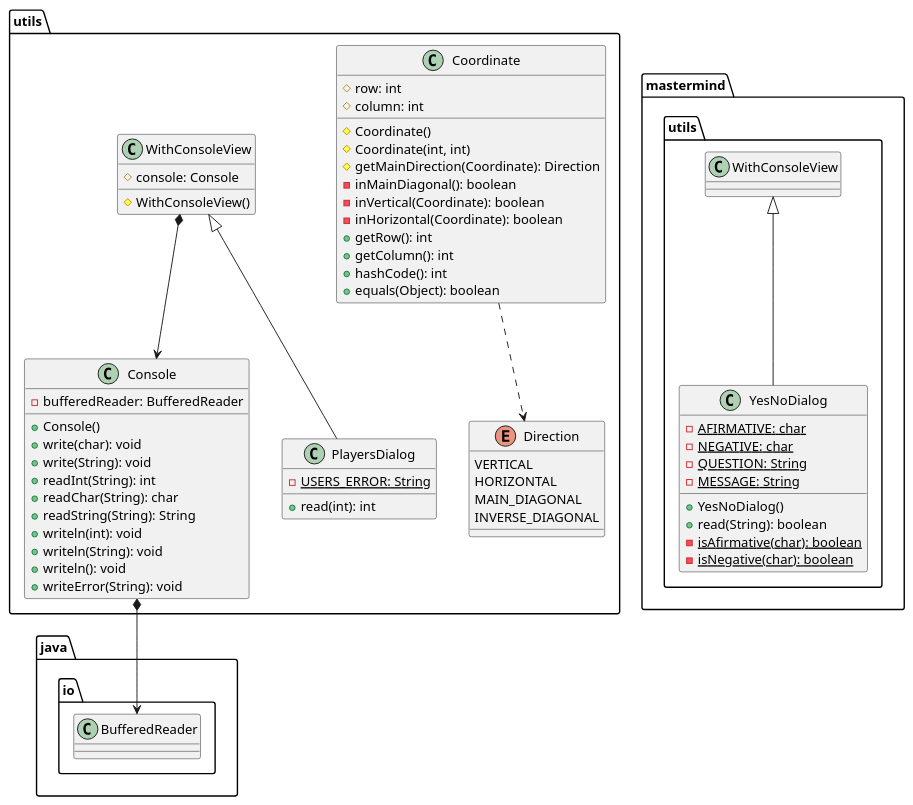
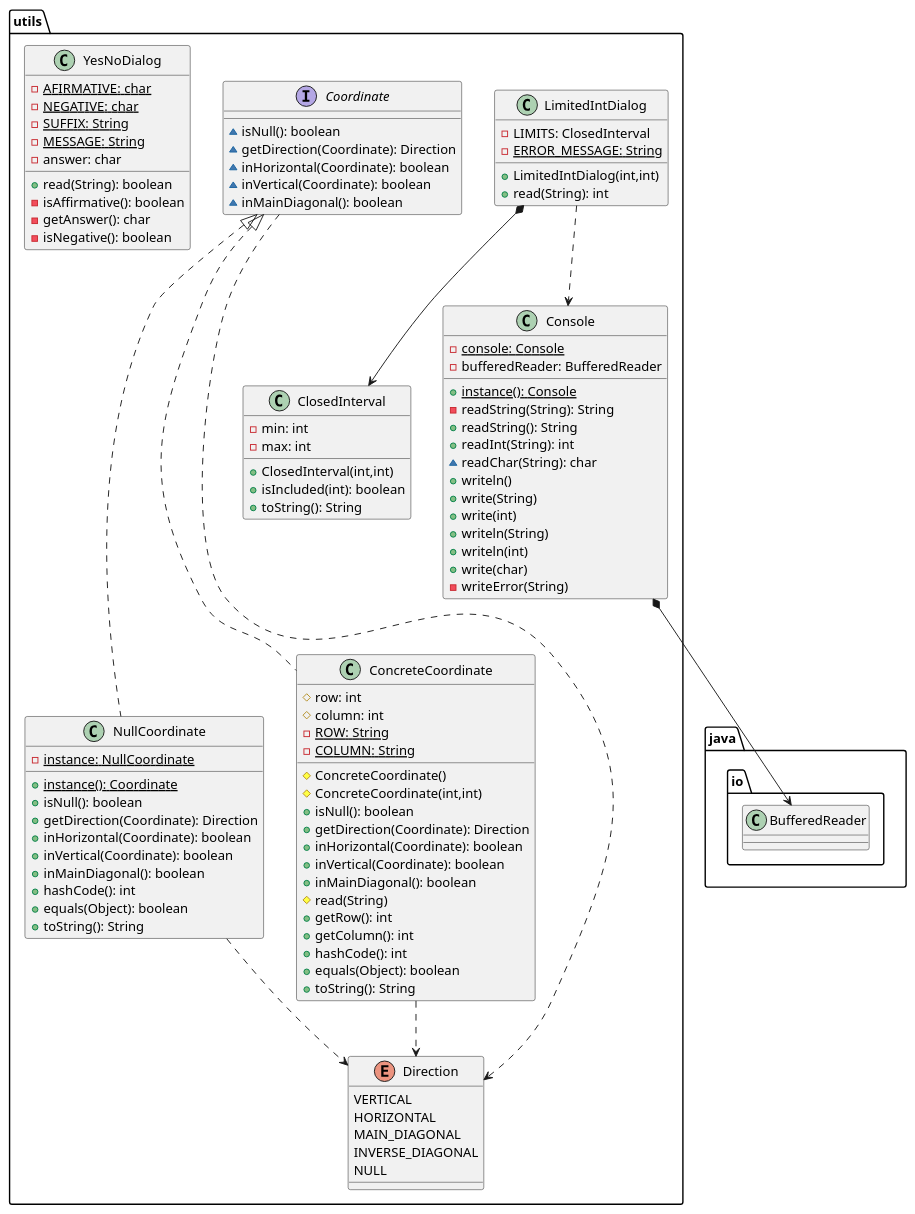
Before and after one commit to Jolucaa/USantaTecla-project-ticTacToe: the fourth of 4 diagrams in documentView/console/docs/diagrams/src/paquetes.plantuml, drawn with PlantUML. The commit also changed other lines of this file and 18 other files, not shown here.

Commit message:
Actualizada versión documentView-console

```diff
--- a/documentView/console/docs/diagrams/src/paquetes.plantuml
+++ b/documentView/console/docs/diagrams/src/paquetes.plantuml
@@ -249,63 +240,105 @@
 @startuml tictactoe.utils
-class  utils.Console{
-- bufferedReader: BufferedReader
-+ Console()
-+ write(char): void
-+ write(String): void
-+ readInt(String): int
-+ readChar(String): char
-+ readString(String): String
-+ writeln(int): void
-+ writeln(String): void
-+ writeln(): void
-+ writeError(String): void
+class  utils.ClosedInterval{
+- min: int
+- max: int
++ ClosedInterval(int,int)
++ isIncluded(int): boolean
++ toString(): String
 }
-utils.Console *-down-> java.io.BufferedReader
 
-class  utils.Coordinate{
+class  utils.ConcreteCoordinate{
 # row: int
 # column: int
-# Coordinate()
-# Coordinate(int, int)
-# getMainDirection(Coordinate): Direction
-- inMainDiagonal(): boolean
-- inVertical(Coordinate): boolean
-- inHorizontal(Coordinate): boolean
+- {static} ROW: String
+- {static} COLUMN: String
+# ConcreteCoordinate()
+# ConcreteCoordinate(int,int)
++ isNull(): boolean
++ getDirection(Coordinate): Direction
++ inHorizontal(Coordinate): boolean
++ inVertical(Coordinate): boolean
++ inMainDiagonal(): boolean
+# read(String)
 + getRow(): int
 + getColumn(): int
 + hashCode(): int
 + equals(Object): boolean
++ toString(): String
+}
+
+utils.Coordinate <|..down- utils.ConcreteCoordinate
+utils.ConcreteCoordinate ..> utils.Direction
+
+class  utils.Console{
+- {static} console: Console
+- bufferedReader: BufferedReader
++ {static} instance(): Console
+- readString(String): String
++ readString(): String
++ readInt(String): int
+~ readChar(String): char
++ writeln()
++ write(String)
++ write(int)
++ writeln(String)
++ writeln(int)
++ write(char)
+- writeError(String)
+}
+utils.Console *-down-> java.io.BufferedReader
+
+interface  utils.Coordinate{
+~ isNull(): boolean
+~ getDirection(Coordinate): Direction
+~ inHorizontal(Coordinate): boolean
+~ inVertical(Coordinate): boolean
+~ inMainDiagonal(): boolean
 }
 utils.Coordinate ..> utils.Direction
 
 enum  utils.Direction{
   VERTICAL
   HORIZONTAL
   MAIN_DIAGONAL
   INVERSE_DIAGONAL
+  NULL
 }
 
-class  utils.PlayersDialog{
-- {static} USERS_ERROR: String
-+ read(int): int
+class  utils.LimitedIntDialog{
+- LIMITS: ClosedInterval
+- {static} ERROR_MESSAGE: String
++ LimitedIntDialog(int,int)
++ read(String): int
 }
-utils.WithConsoleView <|-down- utils.PlayersDialog
 
-class  utils.WithConsoleView{
-# console: Console
-# WithConsoleView()
+utils.LimitedIntDialog *-down-> utils.ClosedInterval
+utils.LimitedIntDialog ..> utils.Console
+
+class  utils.NullCoordinate{
+- {static} instance: NullCoordinate
++ {static} instance(): Coordinate
++ isNull(): boolean
++ getDirection(Coordinate): Direction
++ inHorizontal(Coordinate): boolean
++ inVertical(Coordinate): boolean
++ inMainDiagonal(): boolean
++ hashCode(): int
++ equals(Object): boolean
++ toString(): String
 }
-utils.WithConsoleView *-down-> utils.Console
+utils.Coordinate <|..down- utils.NullCoordinate
+utils.NullCoordinate ..> utils.Direction
 
-class  mastermind.utils.YesNoDialog{
+class  utils.YesNoDialog{
 - {static} AFIRMATIVE: char
 - {static} NEGATIVE: char
-- {static} QUESTION: String
+- {static} SUFFIX: String
 - {static} MESSAGE: String
-+ YesNoDialog()
+- answer: char
 + read(String): boolean
-- {static} isAfirmative(char): boolean
-- {static} isNegative(char): boolean
+- isAffirmative(): boolean
+- getAnswer(): char
+- isNegative(): boolean
 }
-mastermind.utils.WithConsoleView <|-down- mastermind.utils.YesNoDialog
+
 @enduml
```
